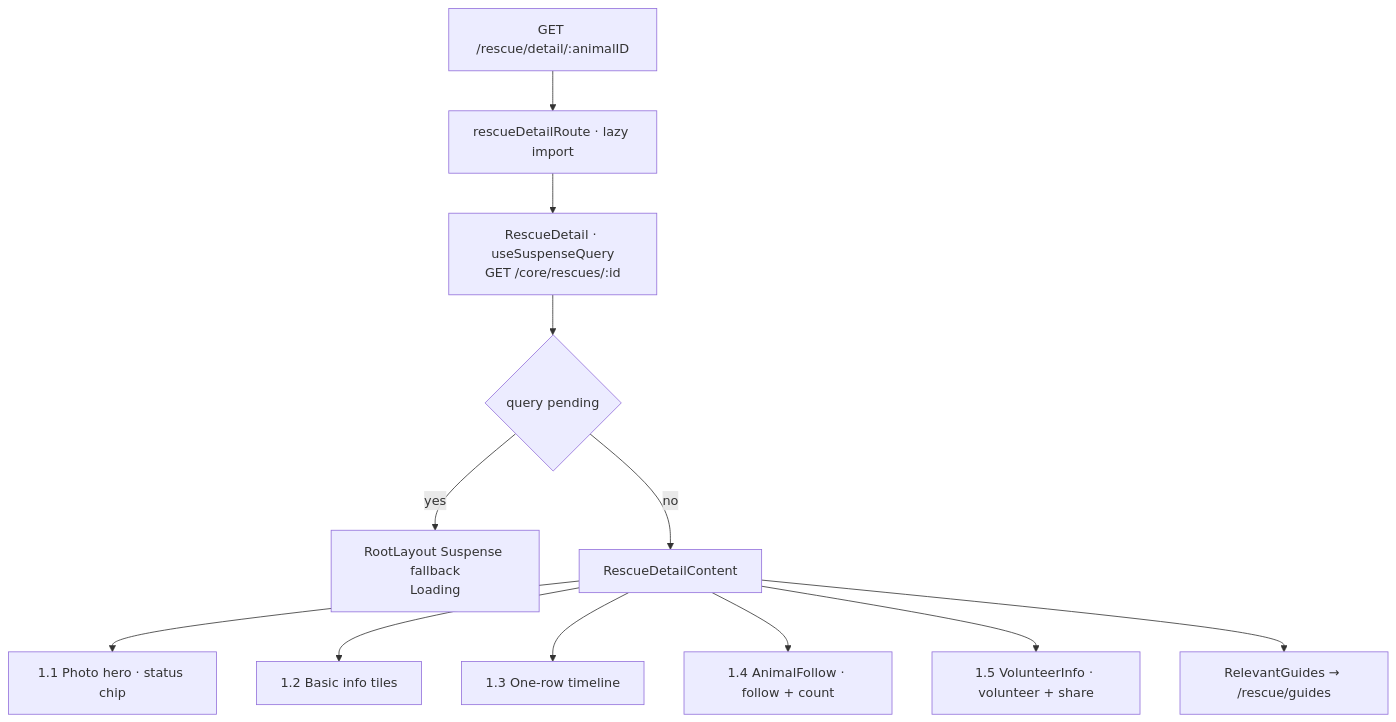
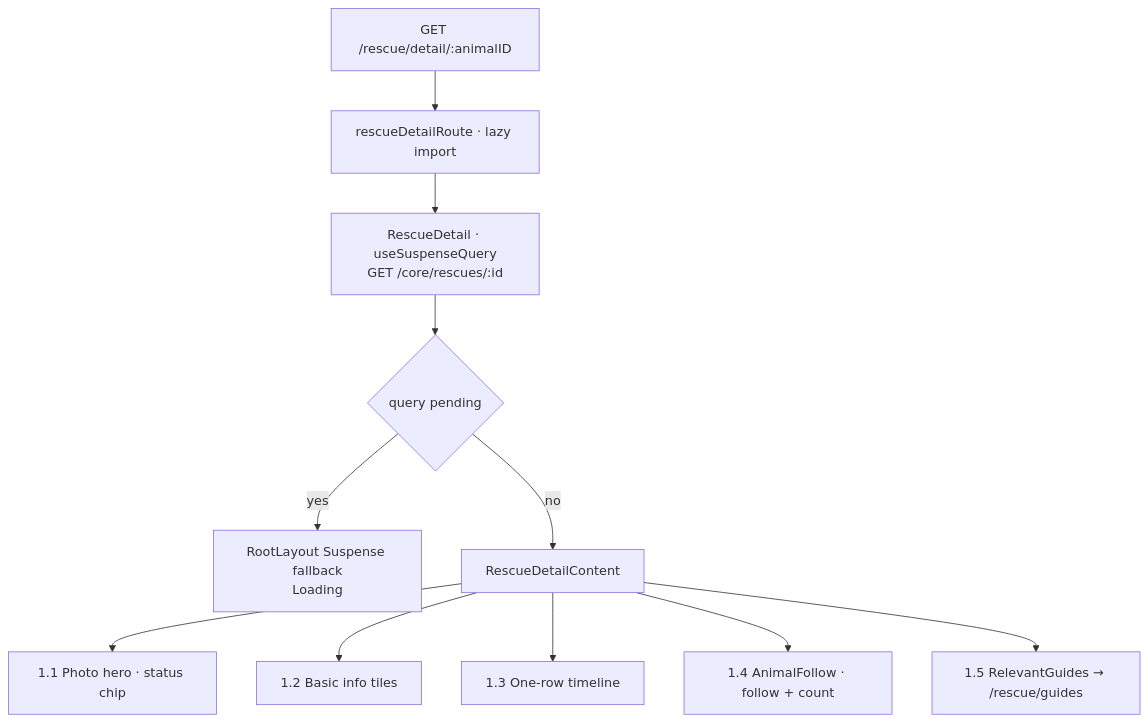
The second of 2 diagrams in docs/features/05-rescue-detail.md (aoda-zhang/PawHaven-FullStack-React-NodeJS), drawn with Mermaid before and after one commit. The commit also changed other lines of this file and 8 other files, not shown here.

Commit message:
[PW-144] refactor(rescue-detail): remove volunteer and share cards

````diff
--- a/docs/features/05-rescue-detail.md
+++ b/docs/features/05-rescue-detail.md
@@ -117,14 +104,13 @@
 ```mermaid
 flowchart TD
     A[GET /rescue/detail/:animalID] --> B[rescueDetailRoute · lazy import]
     B --> C[RescueDetail · useSuspenseQuery<br/>GET /core/rescues/:id]
     C --> P{query pending}
     P -->|yes| Q[RootLayout Suspense fallback<br/>Loading]
     P -->|no| F[RescueDetailContent]
     F --> G[1.1 Photo hero · status chip]
     F --> H[1.2 Basic info tiles]
     F --> I[1.3 One-row timeline]
     F --> J[1.4 AnimalFollow · follow + count]
-    F --> K[1.5 VolunteerInfo · volunteer + share]
-    F --> L[RelevantGuides → /rescue/guides]
+    F --> K[1.5 RelevantGuides → /rescue/guides]
 ```
````
